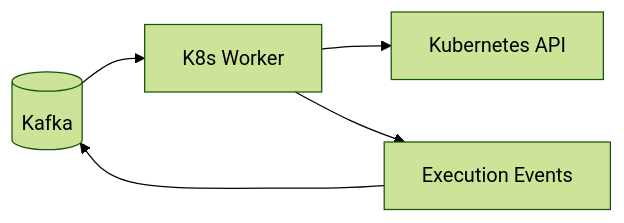
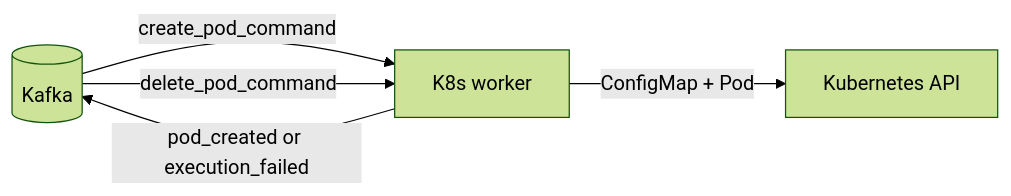
One commit to HardMax71/Integr8sCode changed the diagram in docs/components/workers/k8s_worker.md. Above: the diagram before and after it, drawn with Mermaid (forest theme). The commit also changed other lines of this file and 304 other files, not shown here.

````diff
--- a/docs/components/workers/k8s_worker.md
+++ b/docs/components/workers/k8s_worker.md
@@ -6,7 +5,7 @@
 ```mermaid
 graph LR
-    Kafka[(Kafka)] --> Worker[K8s Worker]
-    Worker --> K8s[Kubernetes API]
-    Worker --> Events[Execution Events]
-    Events --> Kafka
+    Kafka[(Kafka)] -->|create_pod_command| Worker[K8s worker]
+    Kafka -->|delete_pod_command| Worker
+    Worker -->|ConfigMap + Pod| K8s[Kubernetes API]
+    Worker -->|pod_created or execution_failed| Kafka
 ```
````
